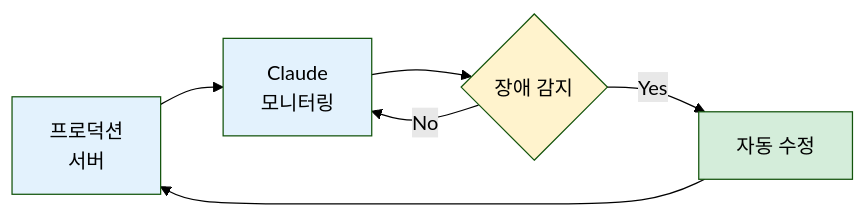
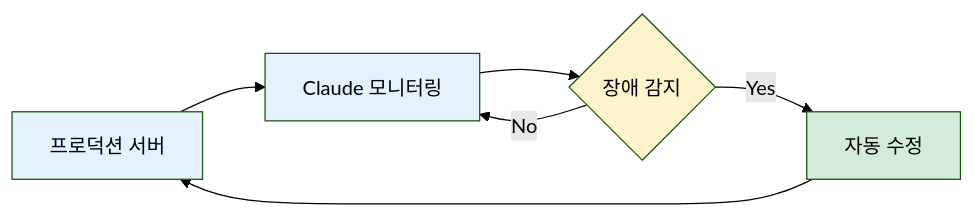
One commit to Kanghyeop/pages-book-agent101 changed the third of 3 diagrams in appendix-b/B02.md. Above: the diagram before and after it, drawn with Mermaid (forest theme). The commit also changed other lines of this file and 48 other files, not shown here.

First line of the commit message:
fix: Mermaid 렌더링 + SVG 경로 수정

````diff
--- a/appendix-b/B02.md
+++ b/appendix-b/B02.md
@@ -139,13 +139,13 @@
 ```mermaid
 flowchart LR
-    S["프로덕션<br/>서버"] --> M["Claude<br/>모니터링"]
+    S["프로덕션 서버"] --> M["Claude 모니터링"]
     M --> D{"장애 감지"}
     D -->|Yes| F["자동 수정"]
     F --> S
     D -->|No| M
 
     style S fill:#E3F2FD
     style M fill:#E3F2FD
     style F fill:#D4EDDA
     style D fill:#FFF3CD
 ```
````
